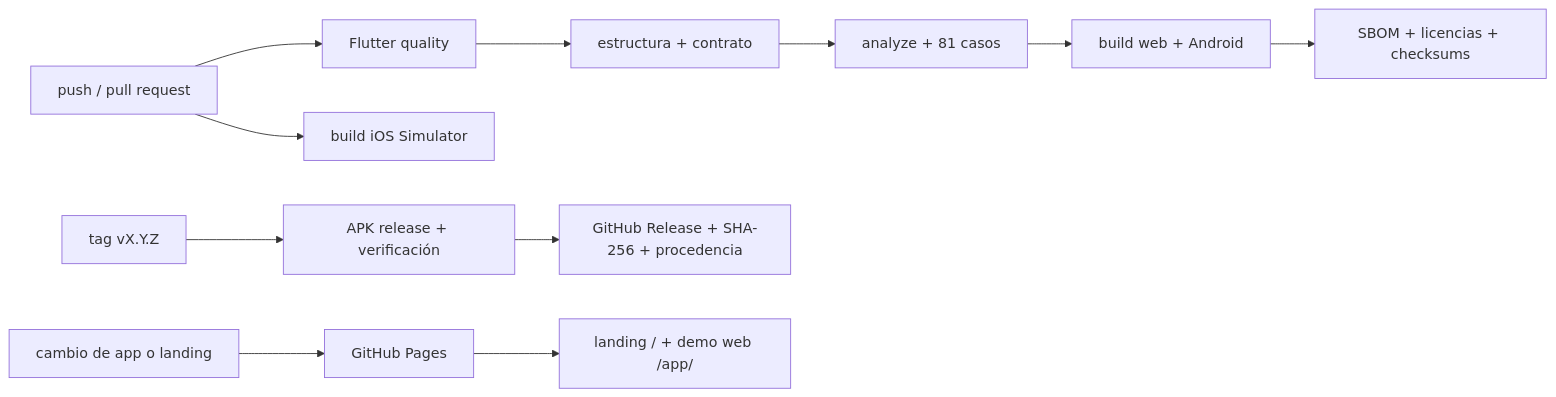
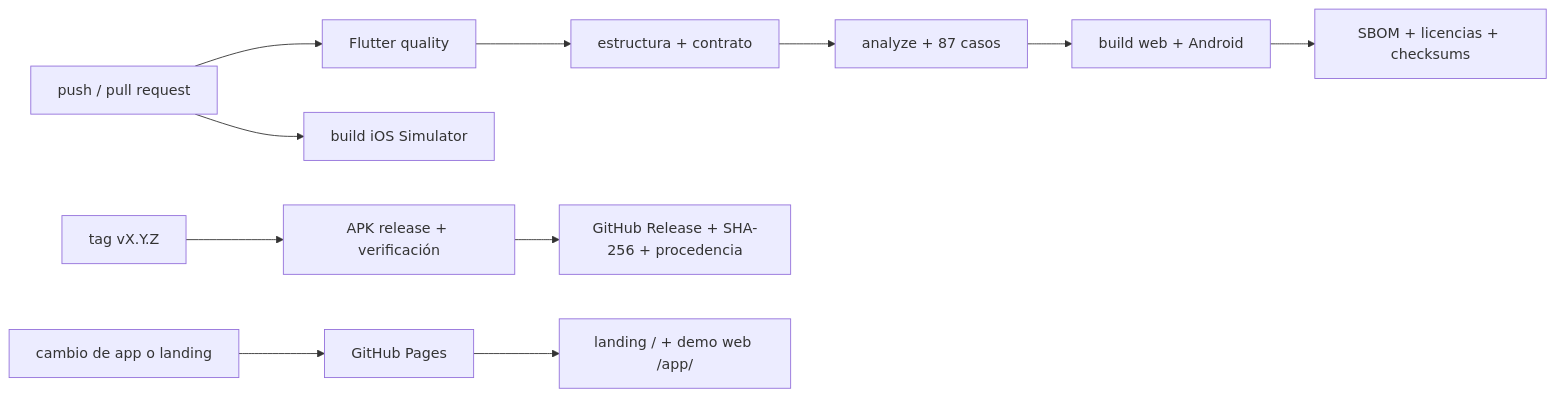
The diagram in docs/CI_GITHUB.md (vladimiracunadev-create/rootcause-qr-inspector), drawn with Mermaid before and after one commit. The commit also changed 89 other files, not shown here.

````diff
--- a/docs/CI_GITHUB.md
+++ b/docs/CI_GITHUB.md
@@ -5,13 +5,13 @@
 ```mermaid
 flowchart LR
     P["push / pull request"] --> Q["Flutter quality"]
     Q --> S["estructura + contrato"]
-    S --> A["analyze + 81 casos"]
+    S --> A["analyze + 87 casos"]
     A --> B["build web + Android"]
     B --> R["SBOM + licencias + checksums"]
     T["tag vX.Y.Z"] --> V["APK release + verificación"]
     V --> H["GitHub Release + SHA-256 + procedencia"]
     P --> M["build iOS Simulator"]
     L["cambio de app o landing"] --> G["GitHub Pages"]
     G --> W["landing / + demo web /app/"]
 ```
````
